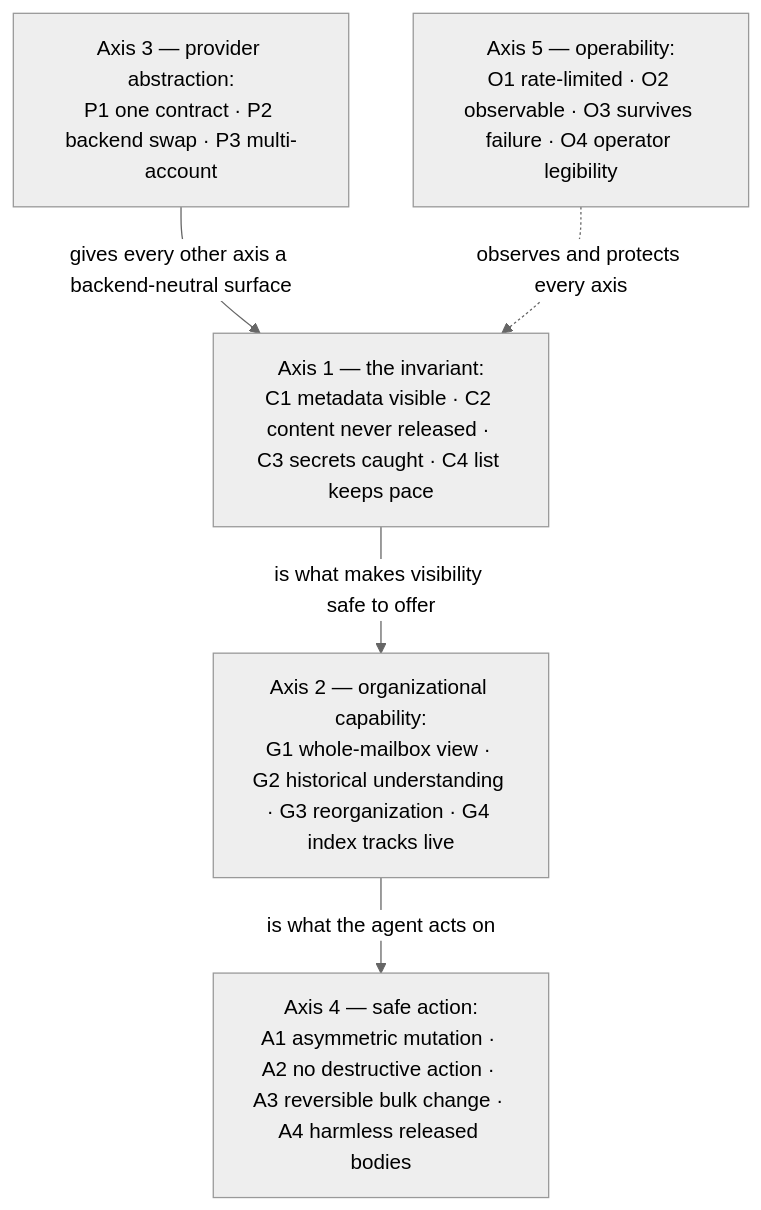
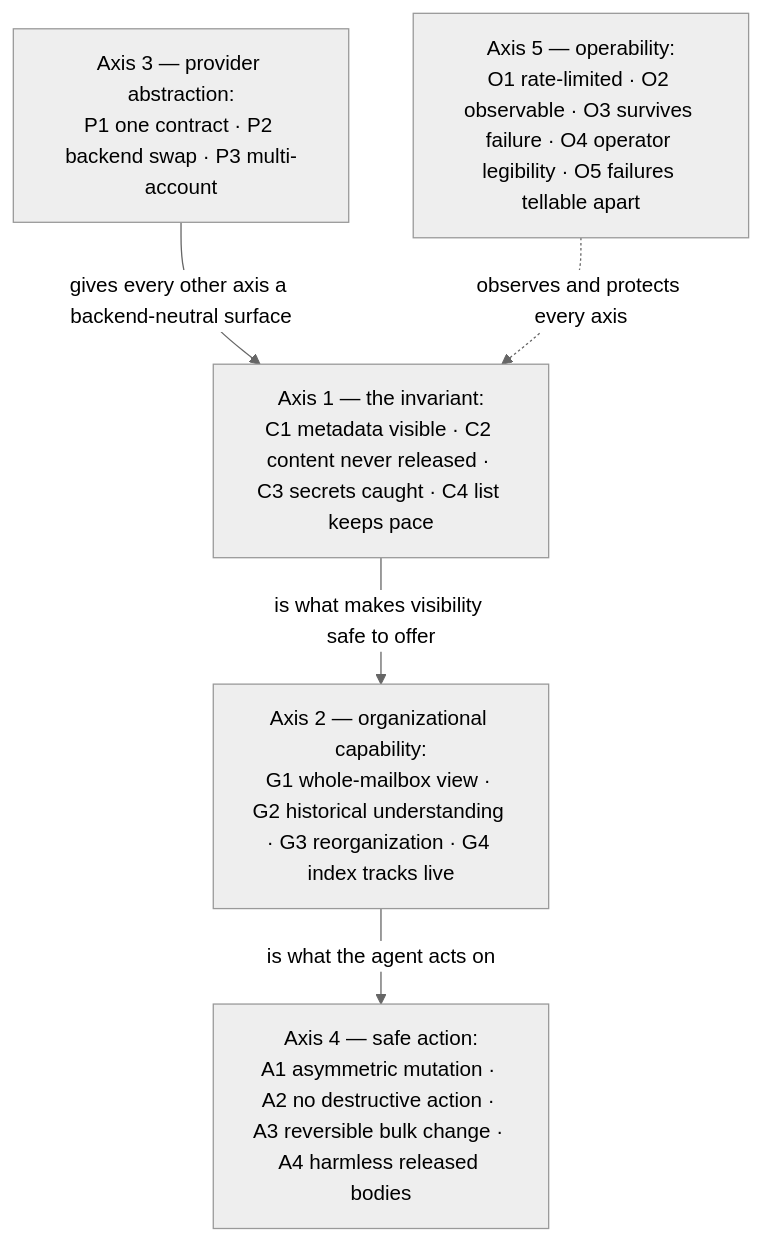
One commit to ppat/mediated-mailbox-mcp changed the diagram in USE_CASES.md. Above: the diagram before and after it, drawn with Mermaid (neutral theme). The commit also changed other lines of this file and 4 other files, not shown here.

First line of the commit message:
docs: record outcome O5 — clients can tell failures apart (#21)

````diff
--- a/USE_CASES.md
+++ b/USE_CASES.md
@@ -72,12 +72,12 @@
 ```mermaid
 flowchart TB
     C["Axis 1 — the invariant:<br/>C1 metadata visible · C2 content never released · C3 secrets caught · C4 list keeps pace"]
     G["Axis 2 — organizational capability:<br/>G1 whole-mailbox view · G2 historical understanding · G3 reorganization · G4 index tracks live"]
     P["Axis 3 — provider abstraction:<br/>P1 one contract · P2 backend swap · P3 multi-account"]
     A["Axis 4 — safe action:<br/>A1 asymmetric mutation · A2 no destructive action · A3 reversible bulk change · A4 harmless released bodies"]
-    O["Axis 5 — operability:<br/>O1 rate-limited · O2 observable · O3 survives failure · O4 operator legibility"]
+    O["Axis 5 — operability:<br/>O1 rate-limited · O2 observable · O3 survives failure · O4 operator legibility · O5 failures tellable apart"]
     P -->|"gives every other axis a backend-neutral surface"| C
     C -->|"is what makes visibility safe to offer"| G
     G -->|"is what the agent acts on"| A
     O -.->|"observes and protects every axis"| C
 ```
````
